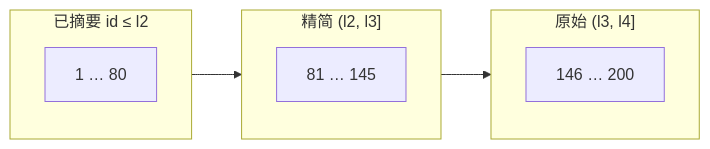
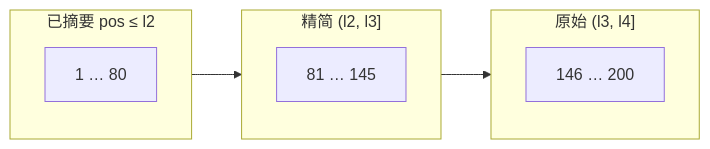
Before and after one commit to freeanima-org/freeanima: the second of 10 diagrams in docs/compression.md, drawn with Mermaid. The commit also changed other lines of this file and 14 other files, not shown here.

````diff
--- a/docs/compression.md
+++ b/docs/compression.md
@@ -69,13 +70,13 @@
 ```mermaid
 flowchart LR
-  subgraph archived["已摘要 id ≤ l2"]
+  subgraph archived["已摘要 pos ≤ l2"]
     A["1 … 80"]
   end
   subgraph slimZone["精简 (l2, l3]"]
     B["81 … 145"]
   end
   subgraph rawZone["原始 (l3, l4]"]
     C["146 … 200"]
   end
   archived --> slimZone --> rawZone
 ```
````
